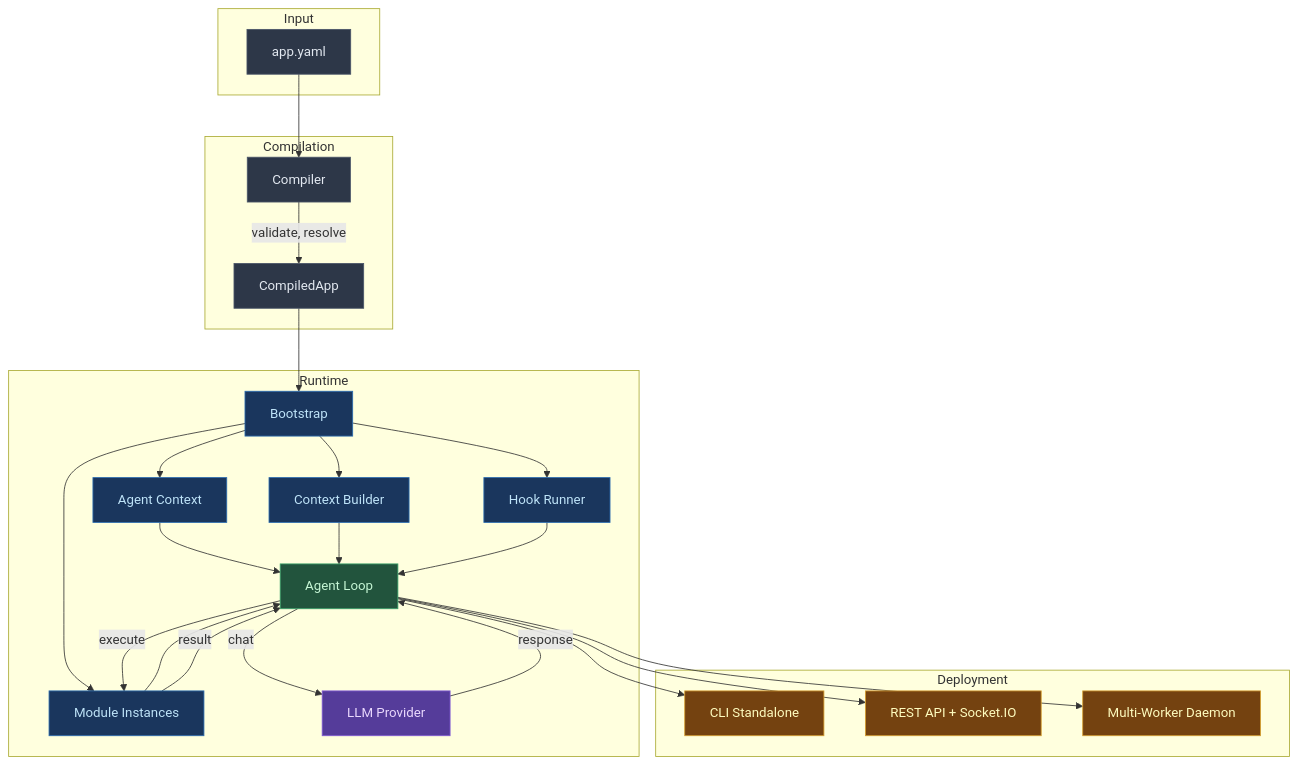
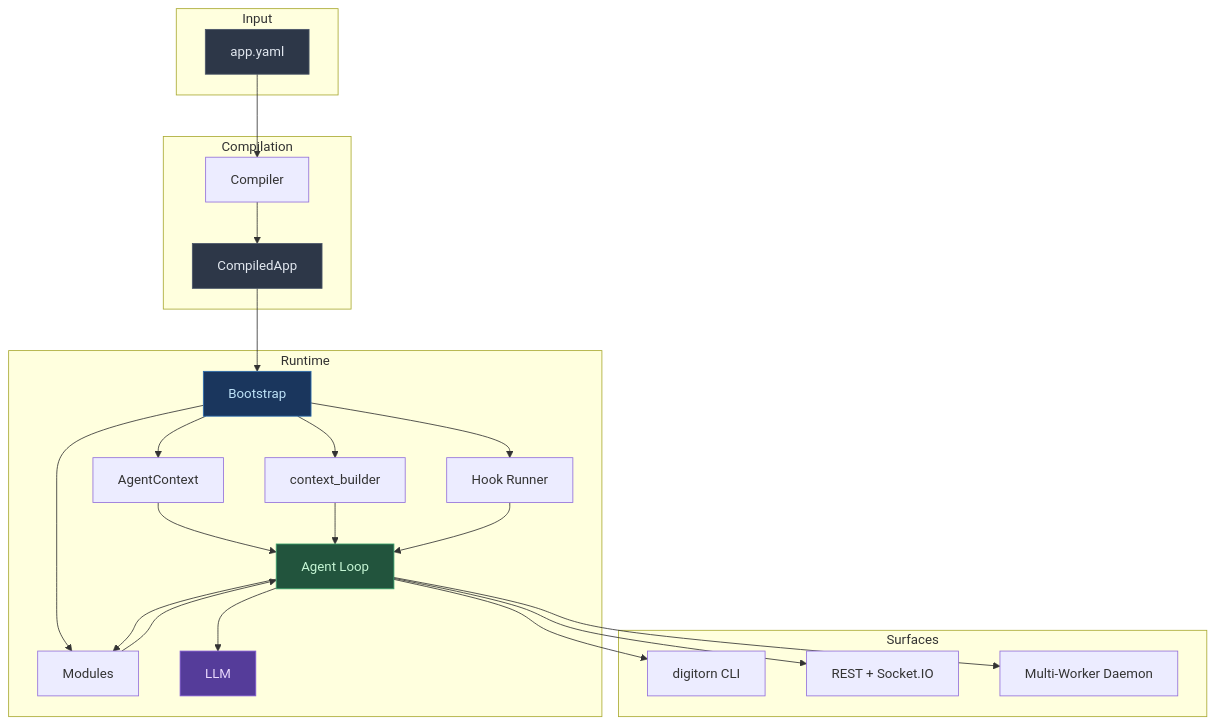
The first of 3 diagrams in docs/index.md (mbathe/digitorn-bridge), drawn with Mermaid before and after one commit. The commit also changed other lines of this file and 346 other files, not shown here.

````diff
--- a/docs/index.md
+++ b/docs/index.md
@@ -68,49 +109,37 @@
 ```mermaid
 graph TB
     subgraph Input
         YAML[app.yaml]
     end
 
     subgraph Compilation
         YAML --> Compiler
-        Compiler --> |validate, resolve| CompiledApp[CompiledApp]
+        Compiler --> CompiledApp
     end
 
     subgraph Runtime
         CompiledApp --> Bootstrap
-        Bootstrap --> AgentContext[Agent Context]
-        Bootstrap --> CB[Context Builder]
+        Bootstrap --> Ctx[AgentContext]
+        Bootstrap --> CB[context_builder]
         Bootstrap --> Hooks[Hook Runner]
-        Bootstrap --> Modules[Module Instances]
-
-        AgentContext --> Loop[Agent Loop]
+        Bootstrap --> Modules
+        Ctx --> Loop[Agent Loop]
         CB --> Loop
         Hooks --> Loop
         Modules --> Loop
-
-        Loop --> |chat| LLM[LLM Provider]
-        LLM --> |response| Loop
-        Loop --> |execute| Modules
-        Modules --> |result| Loop
+        Loop --> LLM
+        Loop --> Modules
     end
 
-    subgraph Deployment
-        Loop --> CLI[CLI Standalone]
-        Loop --> API[REST API + Socket.IO]
+    subgraph Surfaces
+        Loop --> CLI[digitorn CLI]
+        Loop --> API[REST + Socket.IO]
         Loop --> Daemon[Multi-Worker Daemon]
     end
 
     style YAML fill:#2d3748,stroke:#4a5568,color:#e2e8f0
-    style Compiler fill:#2d3748,stroke:#4a5568,color:#e2e8f0
     style CompiledApp fill:#2d3748,stroke:#4a5568,color:#e2e8f0
     style Bootstrap fill:#1a365d,stroke:#2b6cb0,color:#bee3f8
-    style AgentContext fill:#1a365d,stroke:#2b6cb0,color:#bee3f8
-    style CB fill:#1a365d,stroke:#2b6cb0,color:#bee3f8
-    style Hooks fill:#1a365d,stroke:#2b6cb0,color:#bee3f8
-    style Modules fill:#1a365d,stroke:#2b6cb0,color:#bee3f8
     style Loop fill:#22543d,stroke:#38a169,color:#c6f6d5
     style LLM fill:#553c9a,stroke:#805ad5,color:#e9d8fd
-    style CLI fill:#744210,stroke:#d69e2e,color:#fefcbf
-    style API fill:#744210,stroke:#d69e2e,color:#fefcbf
-    style Daemon fill:#744210,stroke:#d69e2e,color:#fefcbf
 ```
````
